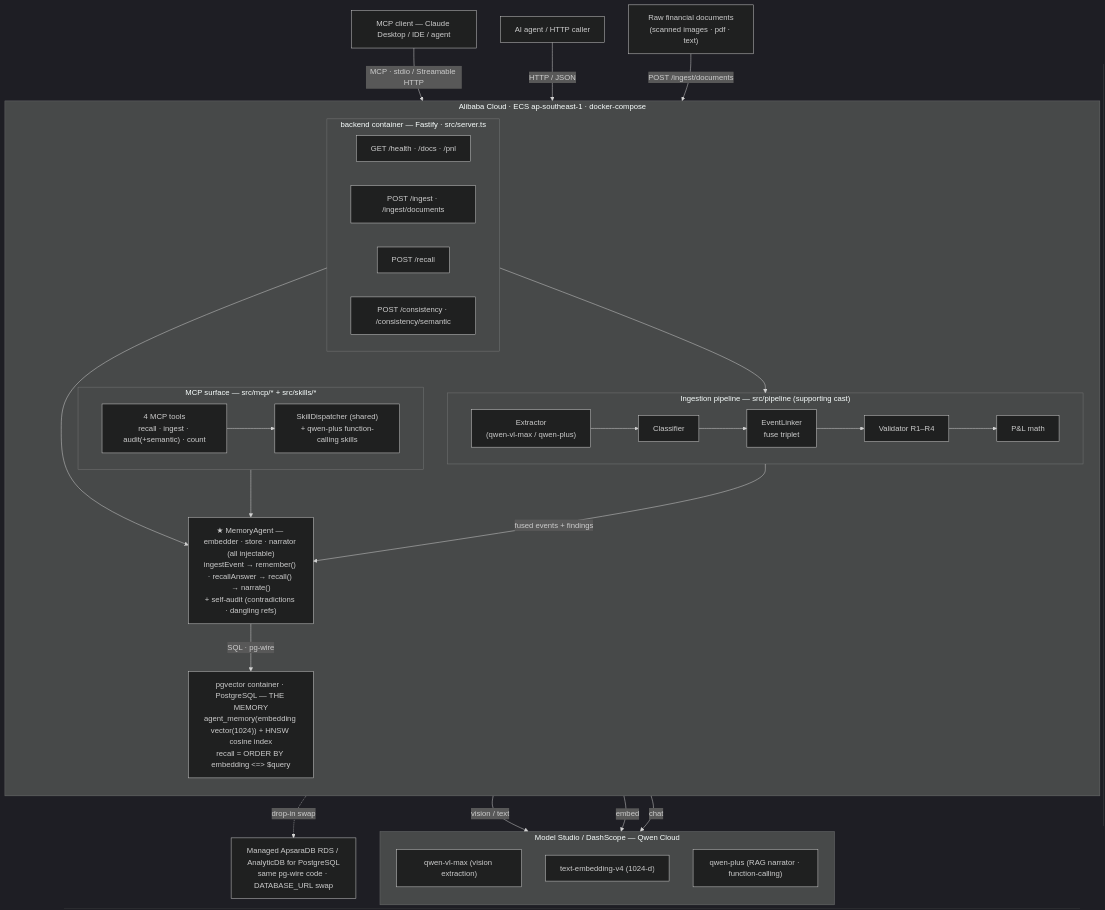
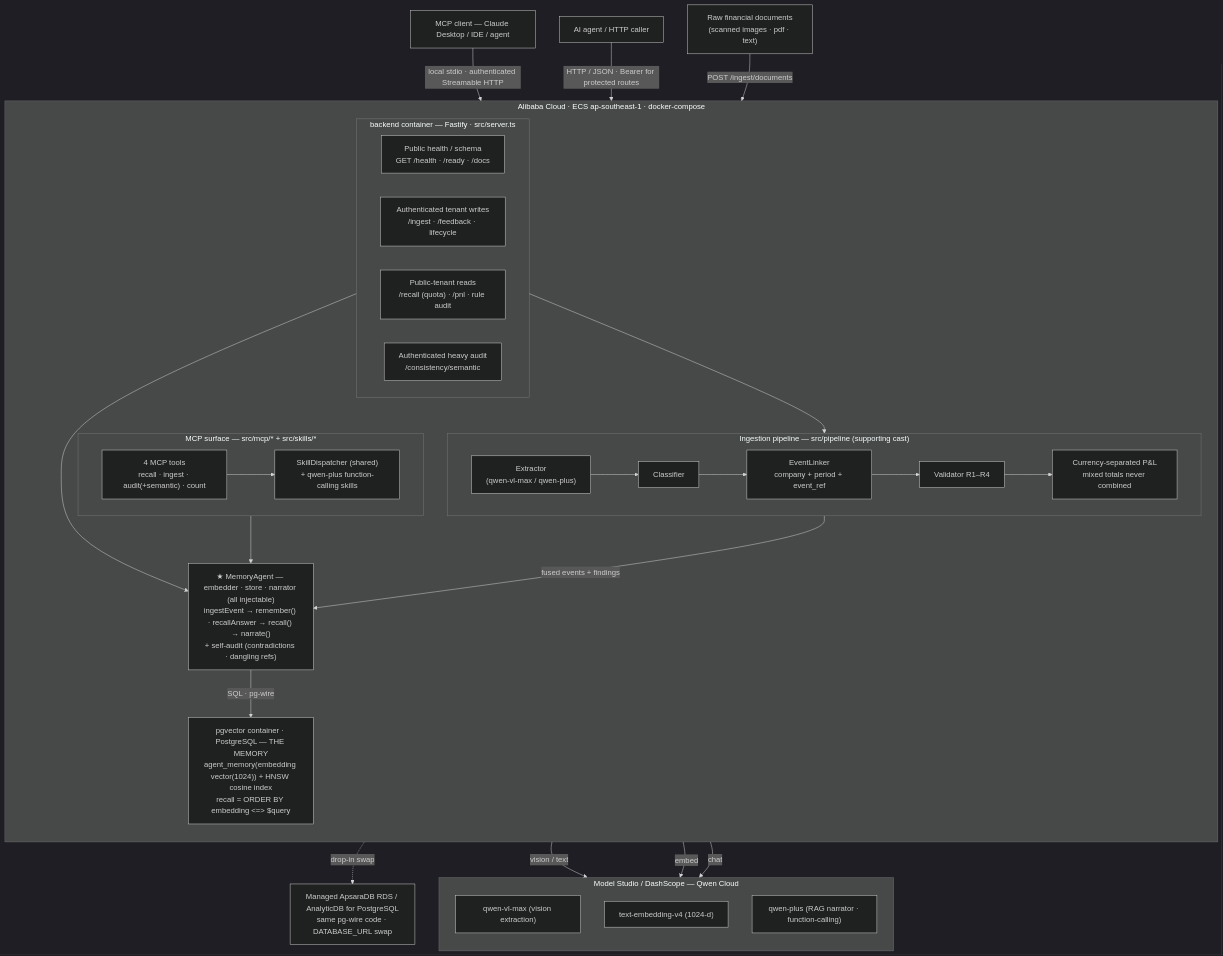
The diagram in README.md (upgradedev/archon-qwen-memoryagent), drawn with Mermaid (dark theme) before and after one commit. The commit also changed other lines of this file and 85 other files, not shown here.

````diff
--- a/README.md
+++ b/README.md
@@ -215,56 +218,56 @@
 ```mermaid
 flowchart TB
     Agent["AI agent / HTTP caller"]
     Docs["Raw financial documents<br/>(scanned images · pdf · text)"]
     MCPClient["MCP client — Claude Desktop / IDE / agent"]
 
     subgraph ECS["Alibaba Cloud · ECS ap-southeast-1 · docker-compose"]
         direction TB
         subgraph API["backend container — Fastify · src/server.ts"]
             direction LR
-            H["GET /health · /docs · /pnl"]
-            I["POST /ingest · /ingest/documents"]
-            R["POST /recall"]
-            C["POST /consistency · /consistency/semantic"]
+            H["Public health / schema<br/>GET /health · /ready · /docs"]
+            I["Authenticated tenant writes<br/>/ingest · /feedback · lifecycle"]
+            R["Public-tenant reads<br/>/recall (quota) · /pnl · rule audit"]
+            C["Authenticated heavy audit<br/>/consistency/semantic"]
         end
         subgraph PIPE["Ingestion pipeline — src/pipeline (supporting cast)"]
             direction LR
             EX["Extractor<br/>(qwen-vl-max / qwen-plus)"]
             CL["Classifier"]
-            EL["EventLinker<br/>fuse triplet"]
+            EL["EventLinker<br/>company + period + event_ref"]
             VA["Validator R1–R4"]
-            PN["P&amp;L math"]
+            PN["Currency-separated P&amp;L<br/>mixed totals never combined"]
             EX --> CL --> EL --> VA --> PN
         end
         subgraph MCPSURF["MCP surface — src/mcp/* + src/skills/*"]
             direction LR
             MT["4 MCP tools<br/>recall · ingest · audit(+semantic) · count"]
             SK["SkillDispatcher (shared)<br/>+ qwen-plus function-calling skills"]
         end
         MA["★ MemoryAgent — embedder · store · narrator (all injectable)<br/>ingestEvent → remember() · recallAnswer → recall() → narrate()<br/>+ self-audit (contradictions · dangling refs)"]
         DB["pgvector container · PostgreSQL — THE MEMORY<br/>agent_memory(embedding vector(1024)) + HNSW cosine index<br/>recall = ORDER BY embedding &lt;=&gt; $query"]
     end
 
     subgraph QWEN["Model Studio / DashScope — Qwen Cloud"]
         direction TB
         VL["qwen-vl-max (vision extraction)"]
         EMB["text-embedding-v4 (1024-d)"]
         LLM["qwen-plus (RAG narrator · function-calling)"]
     end
 
     RDS["Managed ApsaraDB RDS / AnalyticDB for PostgreSQL<br/>same pg-wire code · DATABASE_URL swap"]
 
-    Agent -->|HTTP / JSON| API
+    Agent -->|HTTP / JSON · Bearer for protected routes| API
     Docs -->|POST /ingest/documents| API
     API --> PIPE
     API --> MA
     PIPE -->|fused events + findings| MA
     EX -->|vision / text| VL
-    MCPClient -->|MCP · stdio / Streamable HTTP| MT
+    MCPClient -->|local stdio · authenticated Streamable HTTP| MT
     MT --> SK
     SK --> MA
     MA -->|embed| EMB
     MA -->|chat| LLM
     MA -->|SQL · pg-wire| DB
     DB -. drop-in swap .-> RDS
 ```
````
